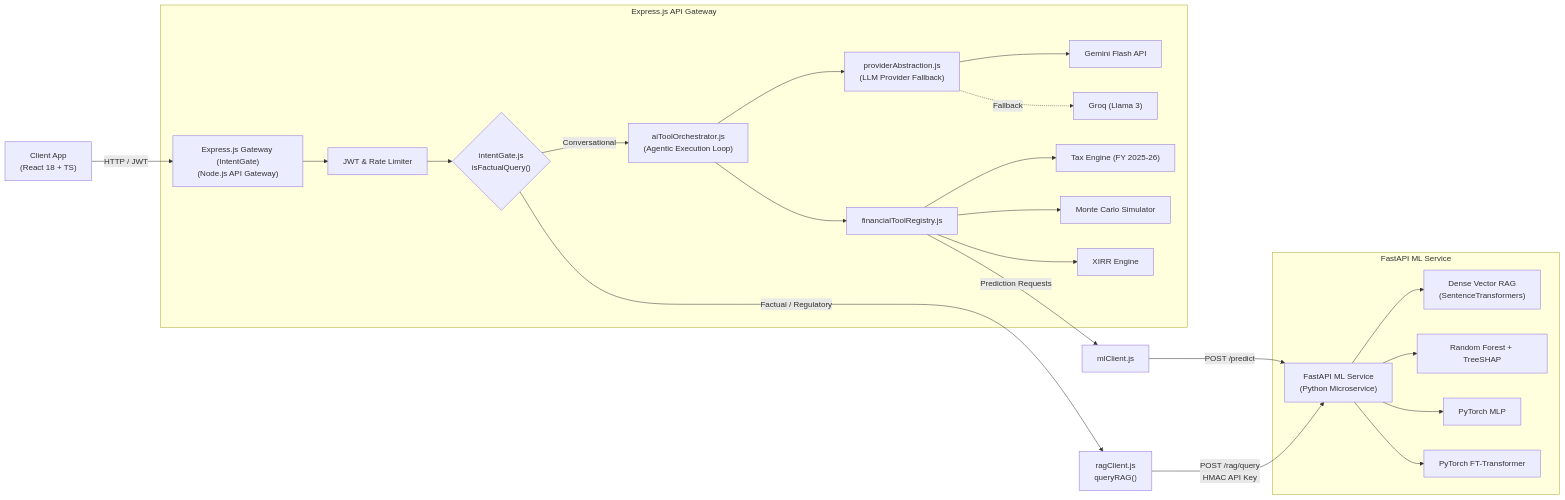
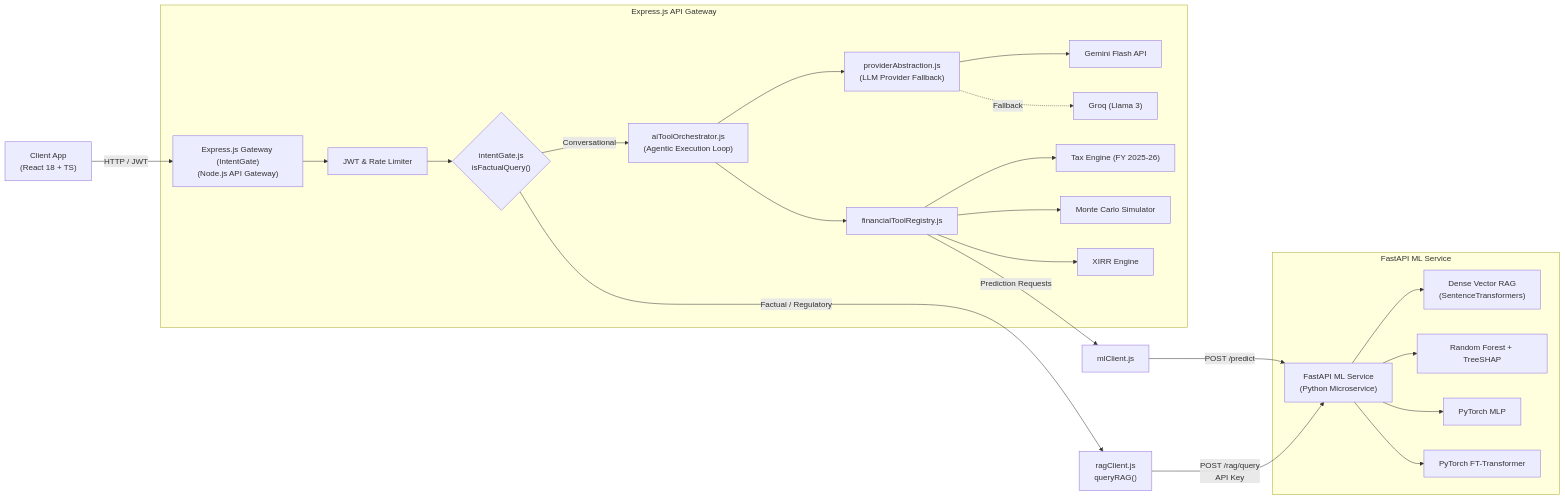
One commit to yashaskn8/WealthGenie-AI-Powered-Financial-Advisory-Platform changed the diagram in README.md. Above: the diagram before and after it, drawn with Mermaid. The commit also changed other lines of this file and 8 other files, not shown here.

````diff
--- a/README.md
+++ b/README.md
@@ -132,31 +132,31 @@
 ```mermaid
 graph LR
     User["Client App<br/>(React 18 + TS)"] -->|HTTP / JWT| Express["Express.js Gateway (IntentGate)<br/>(Node.js API Gateway)"]
     
     subgraph ExpressGateway ["Express.js API Gateway"]
         Express --> AuthMW["JWT & Rate Limiter"]
         AuthMW --> IntentGate{"intentGate.js<br/>isFactualQuery()"}
         
         IntentGate -->|Conversational| AgentOrch["aiToolOrchestrator.js<br/>(Agentic Execution Loop)"]
         AgentOrch --> ProviderMgr["providerAbstraction.js<br/>(LLM Provider Fallback)"]
         ProviderMgr --> Gemini["Gemini Flash API"]
         ProviderMgr -.->|Fallback| Groq["Groq (Llama 3)"]
         
         AgentOrch --> ToolReg["financialToolRegistry.js"]
         ToolReg --> TaxEngine["Tax Engine (FY 2025-26)"]
         ToolReg --> MonteCarlo["Monte Carlo Simulator"]
         ToolReg --> XIRR["XIRR Engine"]
     end
     
     IntentGate -->|Factual / Regulatory| RAGClient["ragClient.js<br/>queryRAG()"]
-    RAGClient -->|POST /rag/query<br/>HMAC API Key| FastAPI["FastAPI ML Service<br/>(Python Microservice)"]
+    RAGClient -->|POST /rag/query<br/>API Key| FastAPI["FastAPI ML Service<br/>(Python Microservice)"]
     ToolReg -->|Prediction Requests| MLClient["mlClient.js"]
     MLClient -->|POST /predict| FastAPI
     
     subgraph FastAPI_ML ["FastAPI ML Service"]
         FastAPI --> RAGSub["Dense Vector RAG<br/>(SentenceTransformers)"]
         FastAPI --> RFModel["Random Forest + TreeSHAP"]
         FastAPI --> MLPModel["PyTorch MLP"]
         FastAPI --> FTTModel["PyTorch FT-Transformer"]
     end
 ```
````
